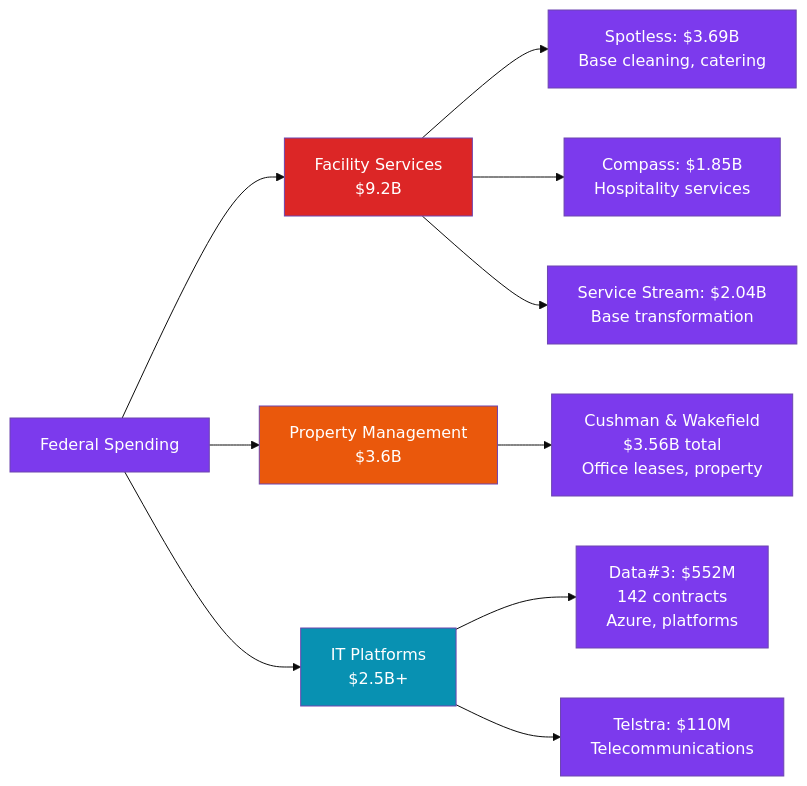
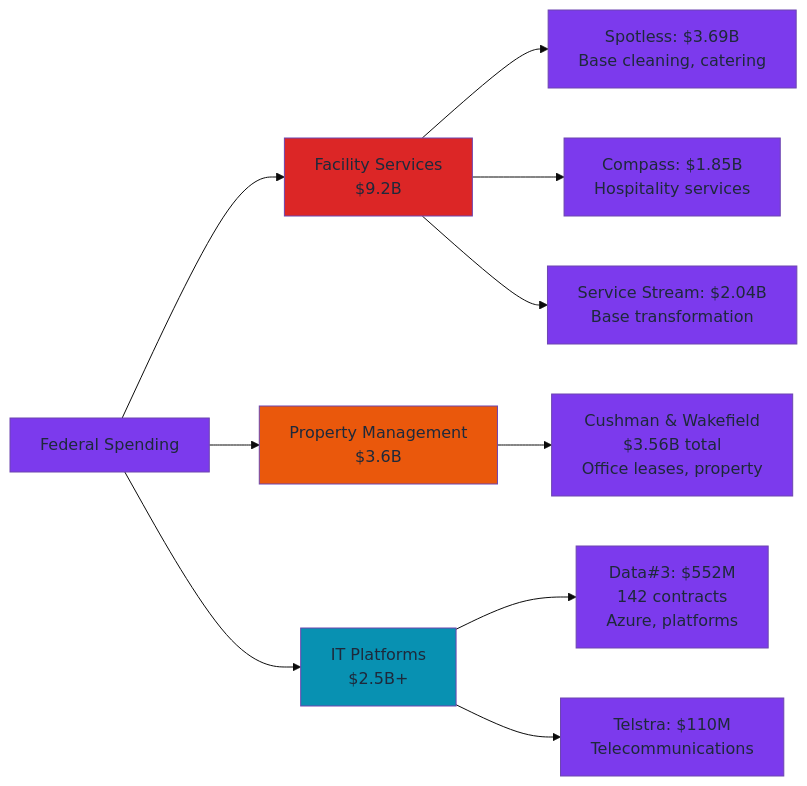
One commit to taxpayer-money/act-contracts changed the fourth of 6 diagrams in federal-report.md. Above: the diagram before and after it, drawn with Mermaid. The commit also changed other lines of this file, not shown here.

First line of the commit message:
Fix federal report Mermaid legend colors

````diff
--- a/federal-report.md
+++ b/federal-report.md
@@ -103,16 +103,16 @@
 ```mermaid
-%%{init: {'theme':'base', 'themeVariables': { 'primaryColor':'#7c3aed','primaryTextColor':'#fff'}}}%%
+%%{init: {'theme':'base', 'themeVariables': { 'primaryColor':'#7c3aed','primaryTextColor':'#1e293b'}}}%%
 graph LR
     A[Federal Spending] --> B[Facility Services<br/>$9.2B]
     A --> C[Property Management<br/>$3.6B]
     A --> D[IT Platforms<br/>$2.5B+]
     B --> B1[Spotless: $3.69B<br/>Base cleaning, catering]
     B --> B2[Compass: $1.85B<br/>Hospitality services]
     B --> B3[Service Stream: $2.04B<br/>Base transformation]
     C --> C1[Cushman & Wakefield<br/>$3.56B total<br/>Office leases, property]
     D --> D1[Data#3: $552M<br/>142 contracts<br/>Azure, platforms]
     D --> D2[Telstra: $110M<br/>Telecommunications]
     style B fill:#dc2626
     style C fill:#ea580c
     style D fill:#0891b2
 ```
````
